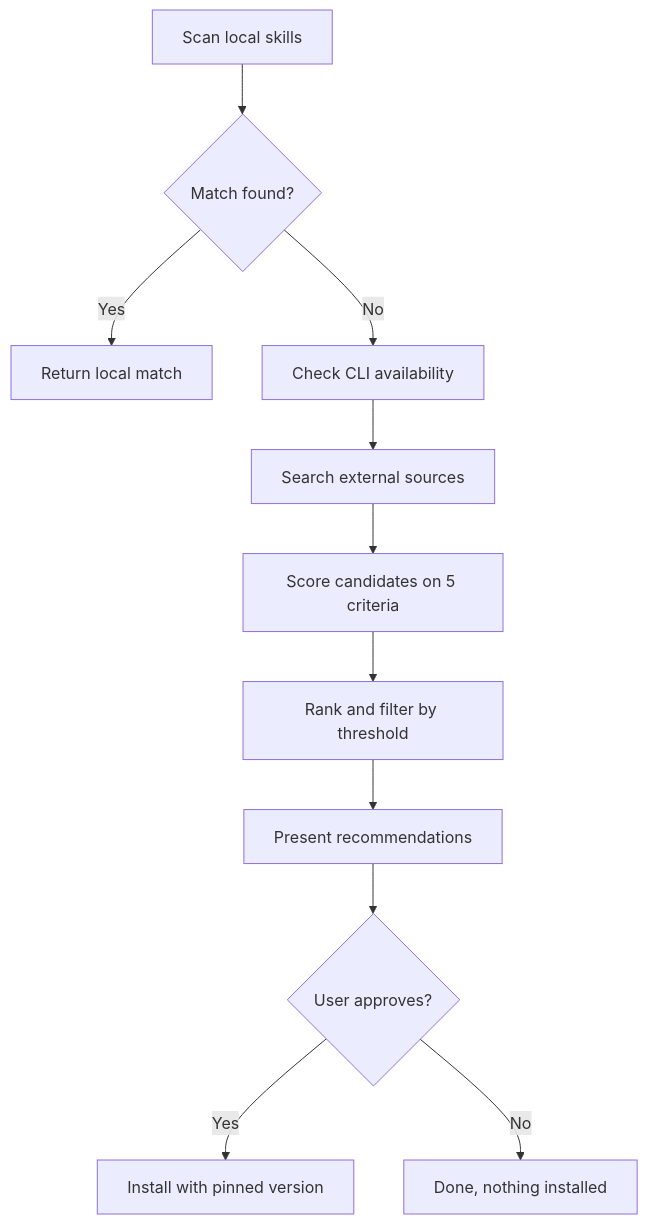
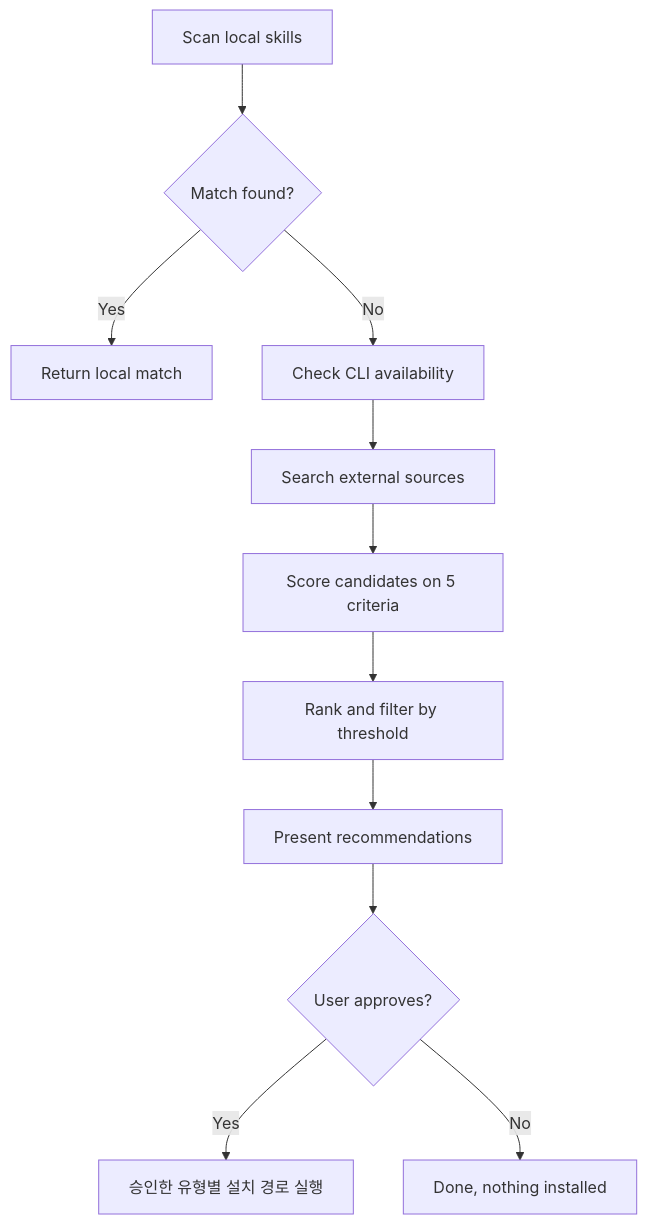
One commit to unclejobs-ai/second-claude-code changed the diagram in docs/skills/discover.ko.md. Above: the diagram before and after it, drawn with Mermaid. The commit also changed other lines of this file and 147 other files, not shown here.

````diff
--- a/docs/skills/discover.ko.md
+++ b/docs/skills/discover.ko.md
@@ -68,13 +88,13 @@
 ```mermaid
 graph TD
     A[Scan local skills] --> B{Match found?}
     B -- Yes --> C[Return local match]
     B -- No --> D[Check CLI availability]
     D --> E[Search external sources]
     E --> F[Score candidates on 5 criteria]
     F --> G[Rank and filter by threshold]
     G --> H[Present recommendations]
     H --> I{User approves?}
-    I -- Yes --> J[Install with pinned version]
+    I -- Yes --> J[승인한 유형별 설치 경로 실행]
     I -- No --> K[Done, nothing installed]
 ```
````
